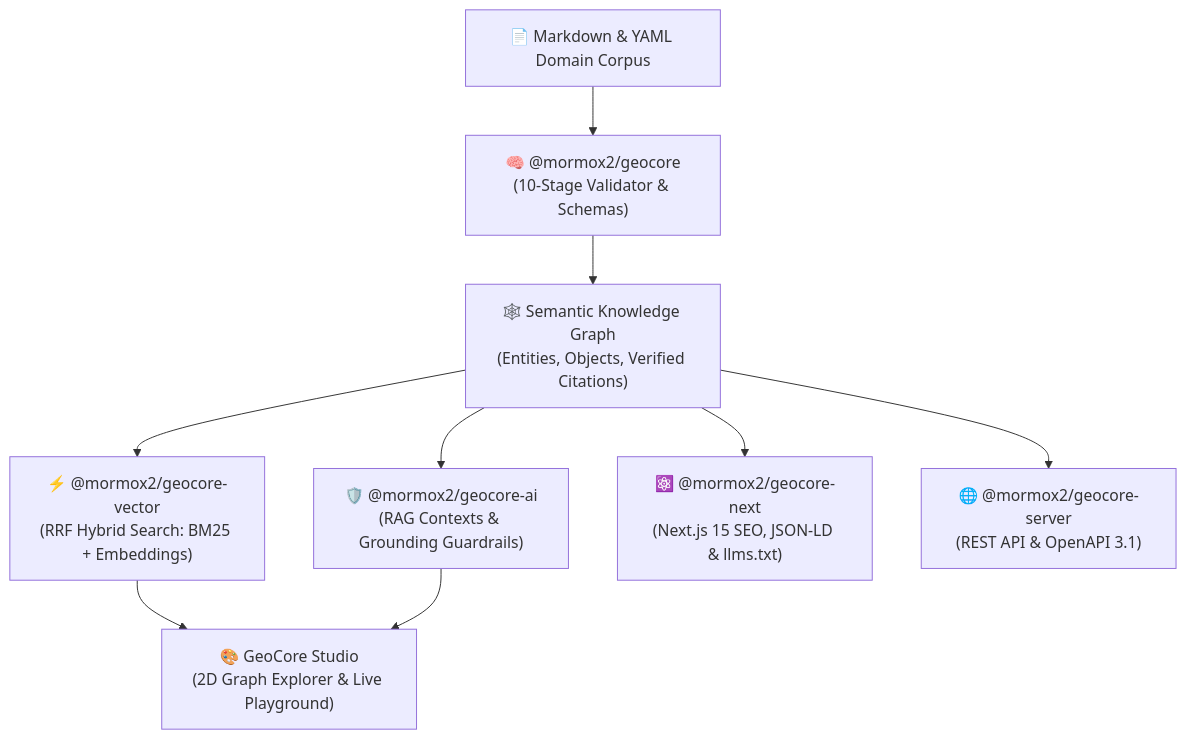
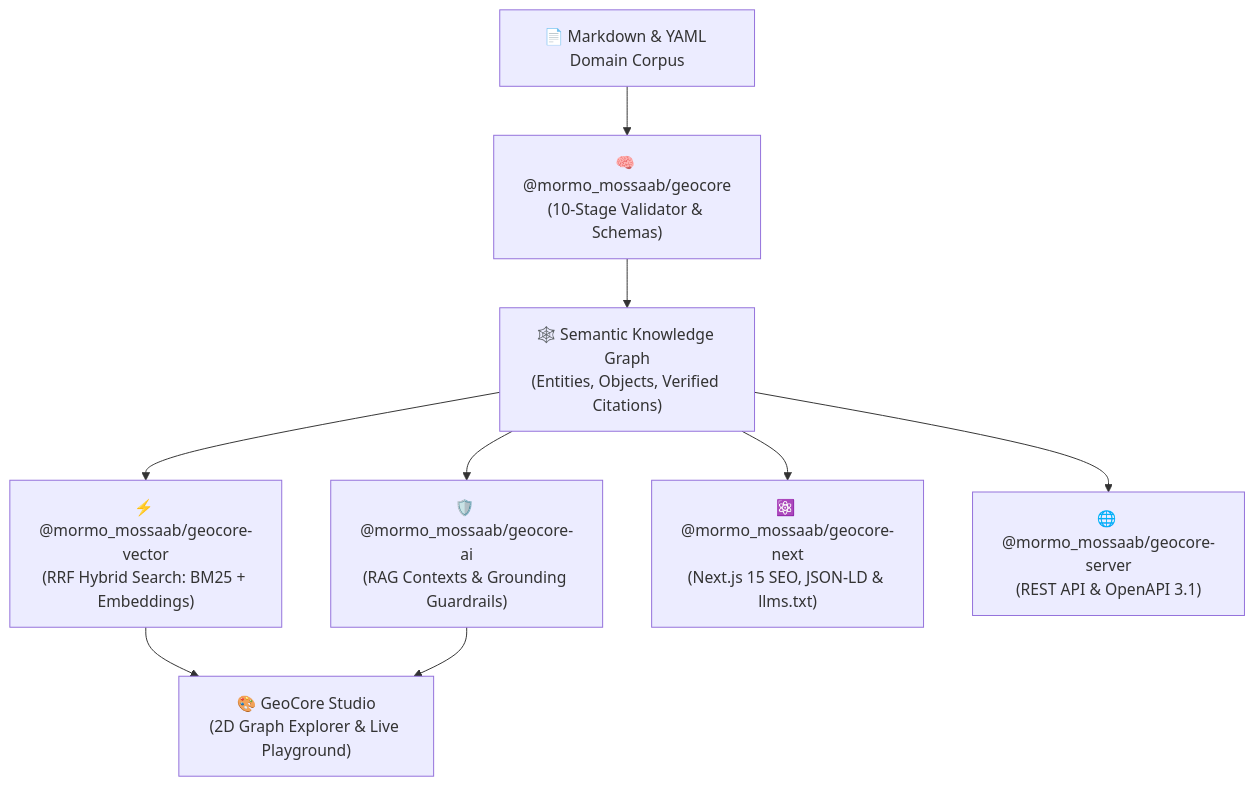
Before and after one commit to mormox2/GeoCore: the diagram in docs/launch-kit/03_LINKEDIN_AUTHORITY_STRATEGY.md, drawn with Mermaid. The commit also changed other lines of this file and 116 other files, not shown here.

Commit message:
chore(packages): update npm scope from @mormox2 to @mormo_mossaab

````diff
--- a/docs/launch-kit/03_LINKEDIN_AUTHORITY_STRATEGY.md
+++ b/docs/launch-kit/03_LINKEDIN_AUTHORITY_STRATEGY.md
@@ -152,13 +152,13 @@
 ```mermaid
 graph TD
-    MD["📄 Markdown & YAML Domain Corpus"] --> CORE["🧠 @mormox2/geocore<br/>(10-Stage Validator & Schemas)"]
+    MD["📄 Markdown & YAML Domain Corpus"] --> CORE["🧠 @mormo_mossaab/geocore<br/>(10-Stage Validator & Schemas)"]
     CORE --> GRAPH["🕸️ Semantic Knowledge Graph<br/>(Entities, Objects, Verified Citations)"]
     
-    GRAPH --> VEC["⚡ @mormox2/geocore-vector<br/>(RRF Hybrid Search: BM25 + Embeddings)"]
-    GRAPH --> AI["🛡️ @mormox2/geocore-ai<br/>(RAG Contexts & Grounding Guardrails)"]
-    GRAPH --> NEXT["⚛️ @mormox2/geocore-next<br/>(Next.js 15 SEO, JSON-LD & llms.txt)"]
-    GRAPH --> SRV["🌐 @mormox2/geocore-server<br/>(REST API & OpenAPI 3.1)"]
+    GRAPH --> VEC["⚡ @mormo_mossaab/geocore-vector<br/>(RRF Hybrid Search: BM25 + Embeddings)"]
+    GRAPH --> AI["🛡️ @mormo_mossaab/geocore-ai<br/>(RAG Contexts & Grounding Guardrails)"]
+    GRAPH --> NEXT["⚛️ @mormo_mossaab/geocore-next<br/>(Next.js 15 SEO, JSON-LD & llms.txt)"]
+    GRAPH --> SRV["🌐 @mormo_mossaab/geocore-server<br/>(REST API & OpenAPI 3.1)"]
     
     VEC --> STUDIO["🎨 GeoCore Studio<br/>(2D Graph Explorer & Live Playground)"]
     AI --> STUDIO
 ```
````
